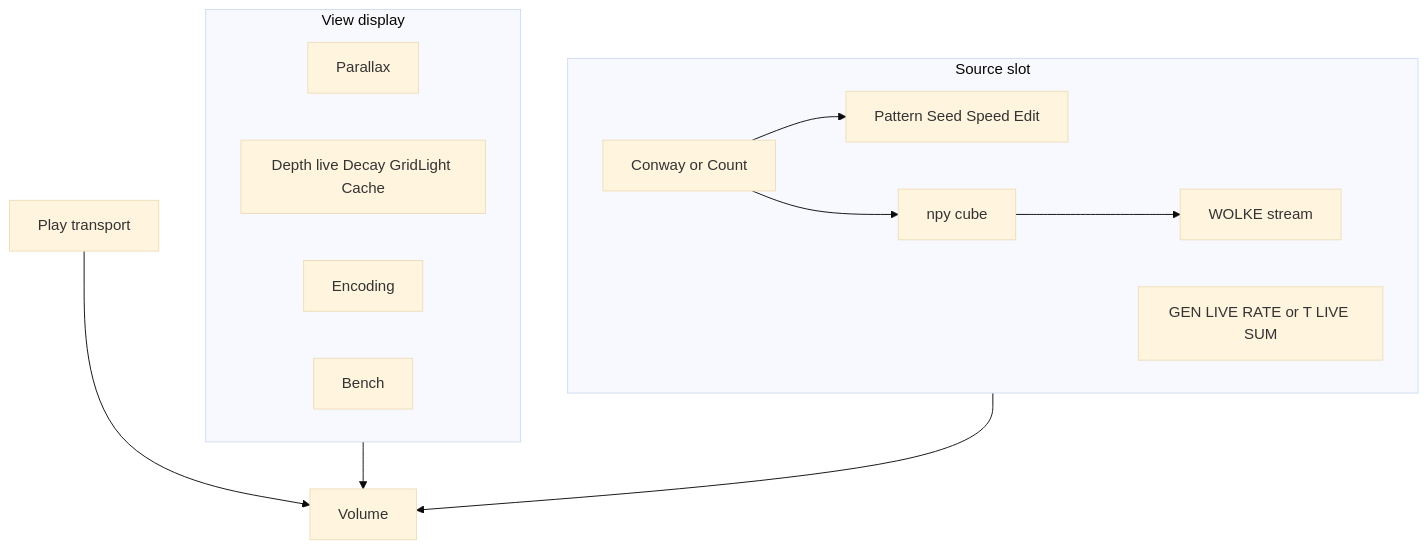
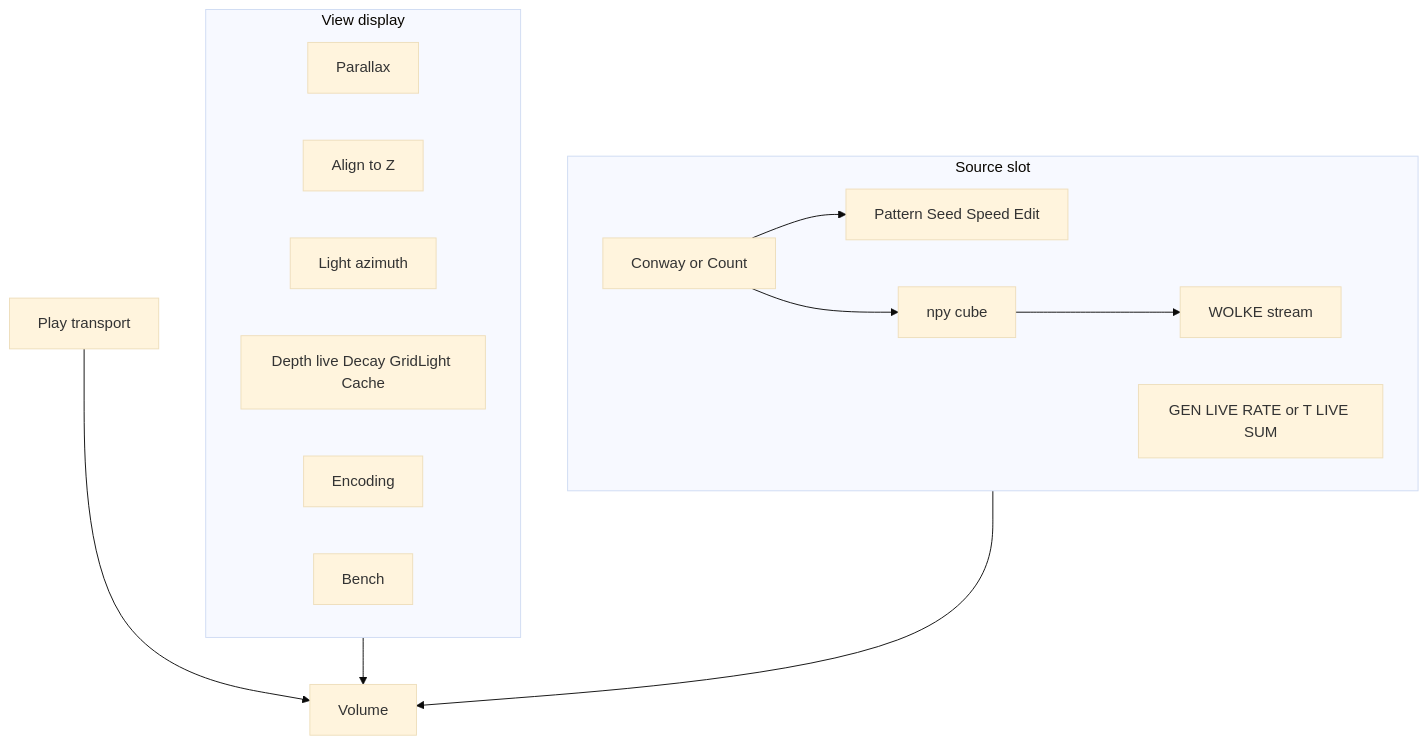
The fourth of 24 diagrams in architecture.md (PiMaV/DONNER), drawn with Mermaid (base theme) before and after one commit. The commit also changed other lines of this file and 15 other files, not shown here.

Commit message:
Let AR yaw the pillar on the table after place, and steer desktop shading with a light azimuth so orbit stays look-around.

````diff
--- a/architecture.md
+++ b/architecture.md
@@ -94,23 +94,25 @@
 ```mermaid
 flowchart TB
   subgraph view [View display]
     bird[Parallax]
+    align[Align to Z]
+    light[Light azimuth]
     win[Depth live Decay GridLight Cache]
     enc[Encoding]
     bench[Bench]
   end
   subgraph source [Source slot]
     kind[Conway or Count]
     gen[GEN LIVE RATE or T LIVE SUM]
     conway[Pattern Seed Speed Edit]
     npy[npy cube]
     stream[WOLKE stream]
   end
   view --> volume[Volume]
   playT[Play transport]
   playT --> volume
   source --> volume
   kind --> conway
   kind --> npy
   npy --> stream
 ```
````
